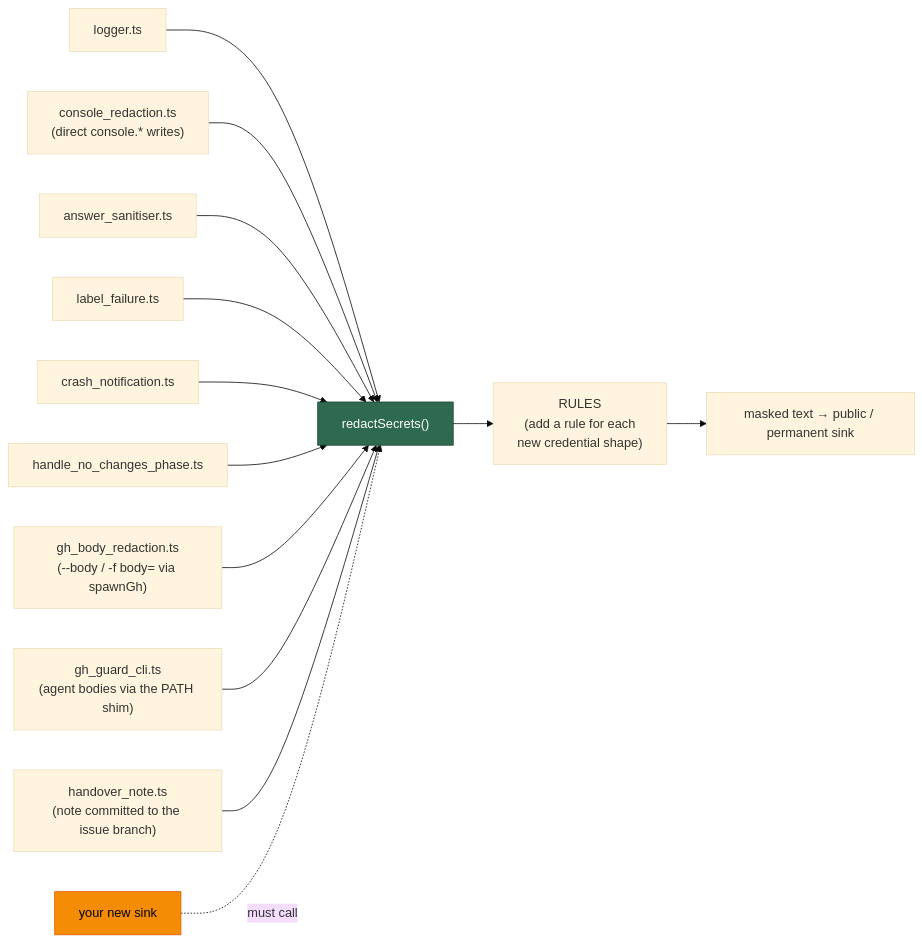
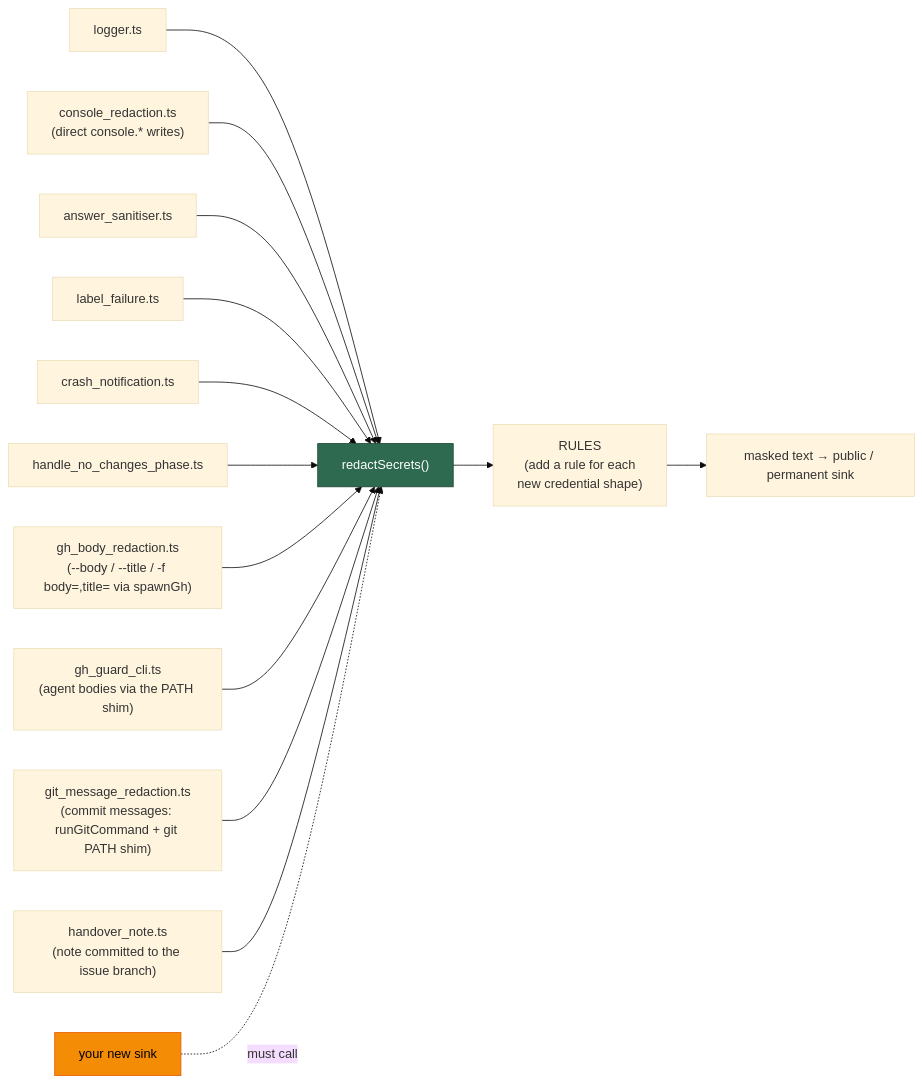
Before and after one commit to stSoftwareAU/VibeCoder: the fourth of 11 diagrams in SECURITY.md, drawn with Mermaid (base theme). The commit also changed other lines of this file and 145 other files, not shown here.

````diff
--- a/SECURITY.md
+++ b/SECURITY.md
@@ -432,17 +453,18 @@
 ```mermaid
 flowchart LR
     L["logger.ts"] --> R["redactSecrets()"]
     CR["console_redaction.ts<br/>(direct console.* writes)"] --> R
     A["answer_sanitiser.ts"] --> R
     F["label_failure.ts"] --> R
     C["crash_notification.ts"] --> R
     P["handle_no_changes_phase.ts"] --> R
-    G["gh_body_redaction.ts<br/>(--body / -f body= via spawnGh)"] --> R
+    G["gh_body_redaction.ts<br/>(--body / --title / -f body=,title= via spawnGh)"] --> R
     GA["gh_guard_cli.ts<br/>(agent bodies via the PATH shim)"] --> R
+    GM["git_message_redaction.ts<br/>(commit messages: runGitCommand + git PATH shim)"] --> R
     HN["handover_note.ts<br/>(note committed to the issue branch)"] --> R
     N["your new sink"] -.must call.-> R
     R --> RULES["RULES\n(add a rule for each\nnew credential shape)"]
     RULES --> O["masked text → public / permanent sink"]
     style R fill:#2d6a4f,stroke:#1b4332,color:#fff
     style N fill:#f48c06,stroke:#e85d04,color:#000
 ```
````
